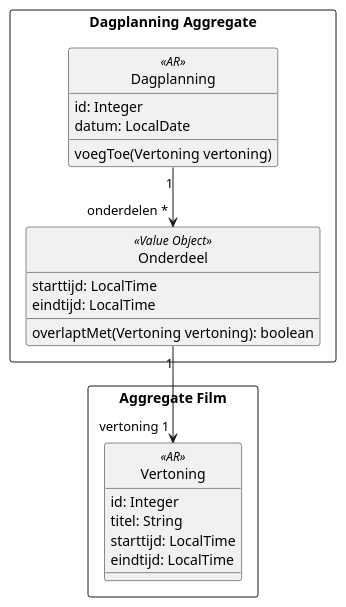
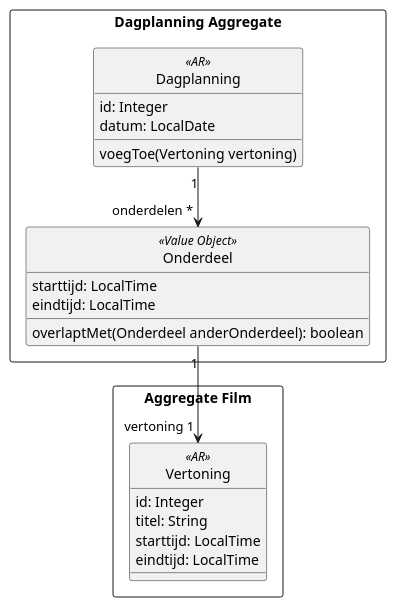
Before and after one commit to AIM-ENE/doex-opdracht-3: the diagram in weekopdracht/casusbeschrijving/klassendiagram-domein.puml, drawn with PlantUML.

Commit message:
Verveter klassendiagram

```diff
--- a/weekopdracht/casusbeschrijving/klassendiagram-domein.puml
+++ b/weekopdracht/casusbeschrijving/klassendiagram-domein.puml
@@ -1,31 +1,31 @@
 @startuml
 
 hide circle
 
 rectangle "Dagplanning Aggregate" {
     class Dagplanning <<AR>> {
         id: Integer
         datum: LocalDate
         voegToe(Vertoning vertoning)
     }
 
     class Onderdeel <<Value Object>> {
         starttijd: LocalTime
         eindtijd: LocalTime
-        overlaptMet(Vertoning vertoning): boolean
+        overlaptMet(Onderdeel anderOnderdeel): boolean
     }
 }
 
 rectangle "Aggregate Film\n" {
     class Vertoning <<AR>> {
         id: Integer
         titel: String
         starttijd: LocalTime
         eindtijd: LocalTime
 }
 
 Dagplanning "1" --> " onderdelen *" Onderdeel
 
 Onderdeel "1" --> "vertoning 1" Vertoning
 
 @enduml
```
